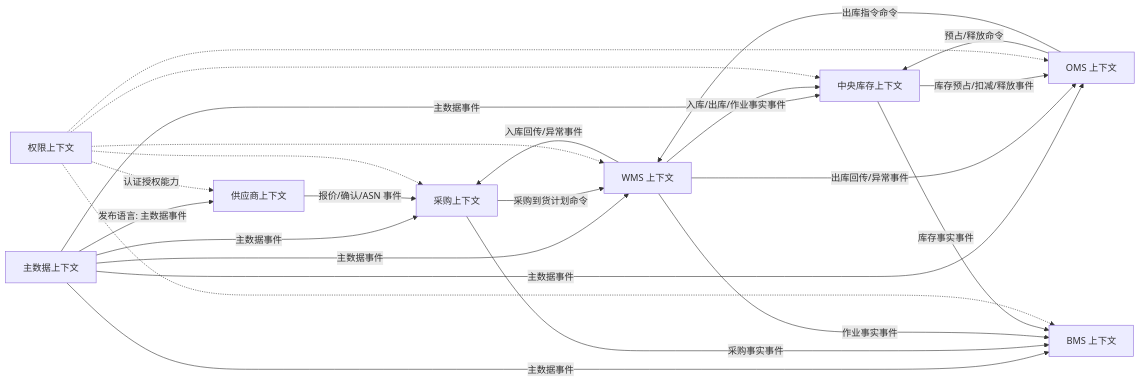
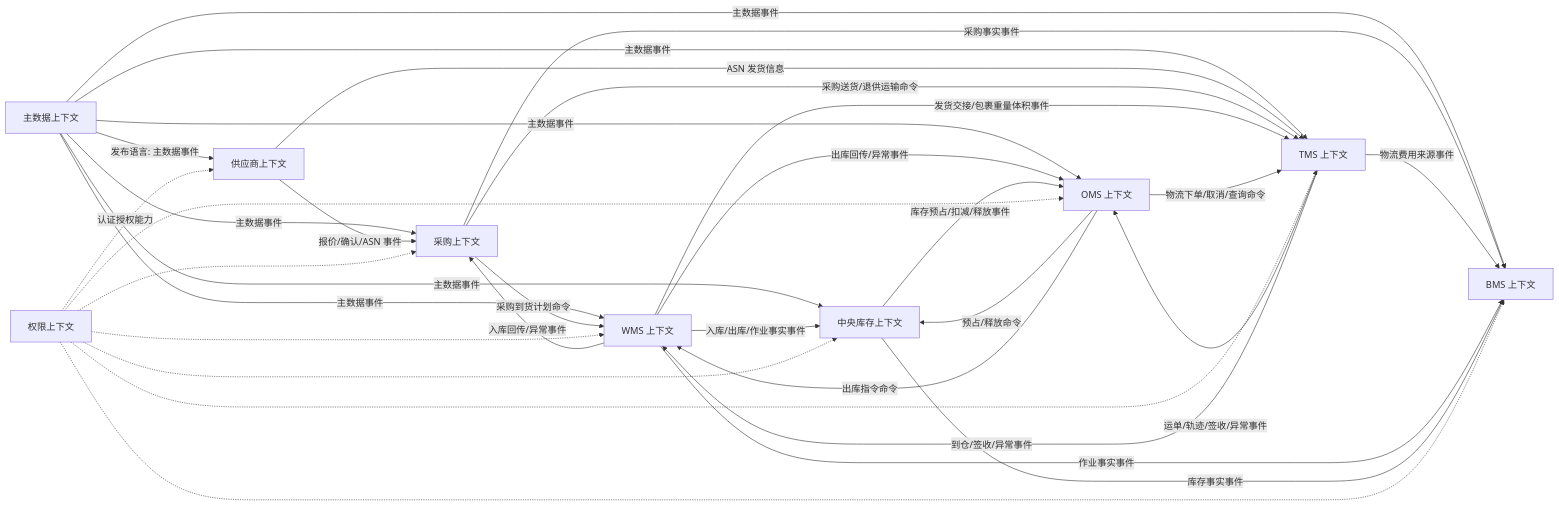
The diagram in docs/06-子系统接口设计/50-上下文映射与领域事件目录.md (chao1927/scm), drawn with Mermaid before and after one commit. The commit also changed other lines of this file and 118 other files, not shown here.

````diff
--- a/docs/06-子系统接口设计/50-上下文映射与领域事件目录.md
+++ b/docs/06-子系统接口设计/50-上下文映射与领域事件目录.md
@@ -26,27 +26,36 @@
 ```mermaid
 flowchart LR
     MDM["主数据上下文"] -->|"发布语言: 主数据事件"| Supplier["供应商上下文"]
     MDM -->|"主数据事件"| Purchase["采购上下文"]
     MDM -->|"主数据事件"| OMS["OMS 上下文"]
     MDM -->|"主数据事件"| Inventory["中央库存上下文"]
     MDM -->|"主数据事件"| WMS["WMS 上下文"]
+    MDM -->|"主数据事件"| TMS["TMS 上下文"]
     MDM -->|"主数据事件"| BMS["BMS 上下文"]
 
     Supplier -->|"报价/确认/ASN 事件"| Purchase
+    Supplier -->|"ASN 发货信息"| TMS
     Purchase -->|"采购到货计划命令"| WMS
+    Purchase -->|"采购送货/退供运输命令"| TMS
     Purchase -->|"采购事实事件"| BMS
     WMS -->|"入库/出库/作业事实事件"| Inventory
     WMS -->|"入库回传/异常事件"| Purchase
     WMS -->|"出库回传/异常事件"| OMS
+    WMS -->|"发货交接/包裹重量体积事件"| TMS
     OMS -->|"预占/释放命令"| Inventory
     Inventory -->|"库存预占/扣减/释放事件"| OMS
     OMS -->|"出库指令命令"| WMS
+    OMS -->|"物流下单/取消/查询命令"| TMS
+    TMS -->|"运单/轨迹/签收/异常事件"| OMS
+    TMS -->|"到仓/签收/异常事件"| WMS
+    TMS -->|"物流费用来源事件"| BMS
     WMS -->|"作业事实事件"| BMS
     Inventory -->|"库存事实事件"| BMS
     IAM["权限上下文"] -.->|"认证授权能力"| Supplier
     IAM -.-> Purchase
     IAM -.-> OMS
     IAM -.-> Inventory
     IAM -.-> WMS
+    IAM -.-> TMS
     IAM -.-> BMS
 ```
````
